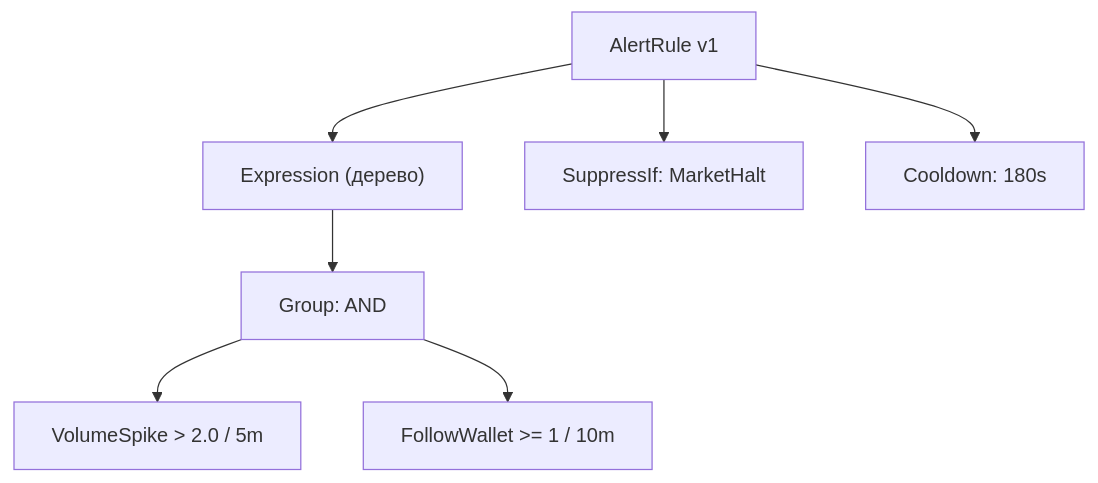
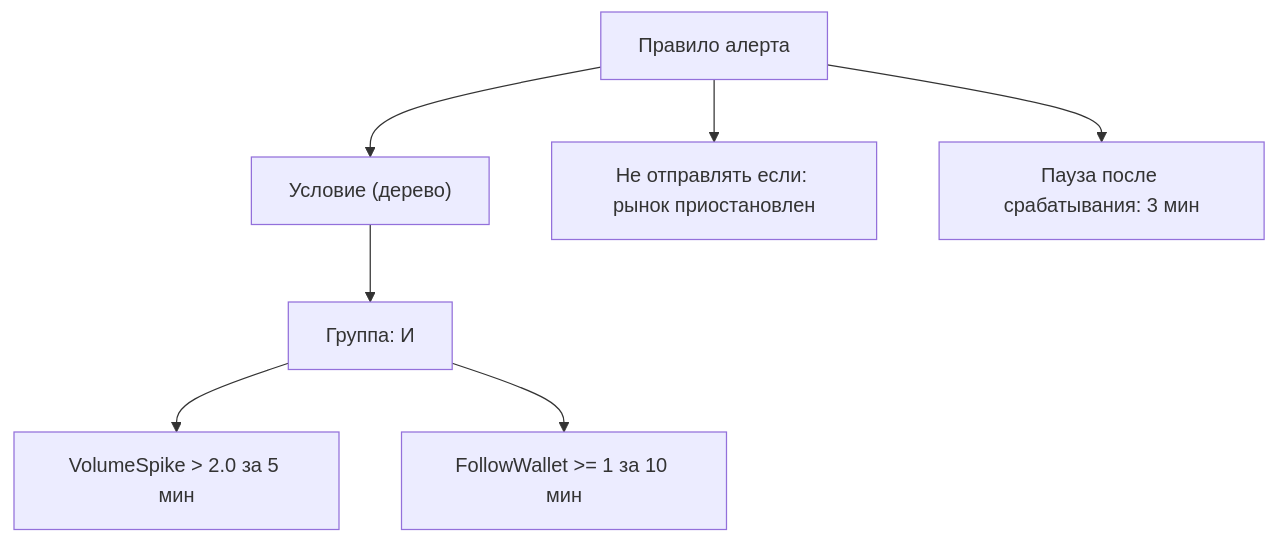
One commit to MarchenkoRuslan/alarm_system changed the fourth of 7 diagrams in docs/architecture/architecture-deck.md. Above: the diagram before and after it, drawn with Mermaid. The commit also changed other lines of this file, not shown here.

Commit message:
Translate architecture documentation to Russian and update terminology for clarity and consistency.

````diff
--- a/docs/architecture/architecture-deck.md
+++ b/docs/architecture/architecture-deck.md
@@ -195,17 +197,17 @@
 ```mermaid
 flowchart TB
-  Rule["AlertRule v1"]
-  Expr["Expression (дерево)"]
-  G1["Group: AND"]
-  C1["VolumeSpike > 2.0 / 5m"]
-  C2["FollowWallet >= 1 / 10m"]
-  Sup["SuppressIf: MarketHalt"]
-  CD["Cooldown: 180s"]
+  Rule["Правило алерта"]
+  Expr["Условие (дерево)"]
+  G1["Группа: И"]
+  C1["VolumeSpike > 2.0 за 5 мин"]
+  C2["FollowWallet >= 1 за 10 мин"]
+  Sup["Не отправлять если: рынок приостановлен"]
+  CD["Пауза после срабатывания: 3 мин"]
 
   Rule --> Expr
   Expr --> G1
   G1 --> C1
   G1 --> C2
   Rule --> Sup
   Rule --> CD
 ```
````
